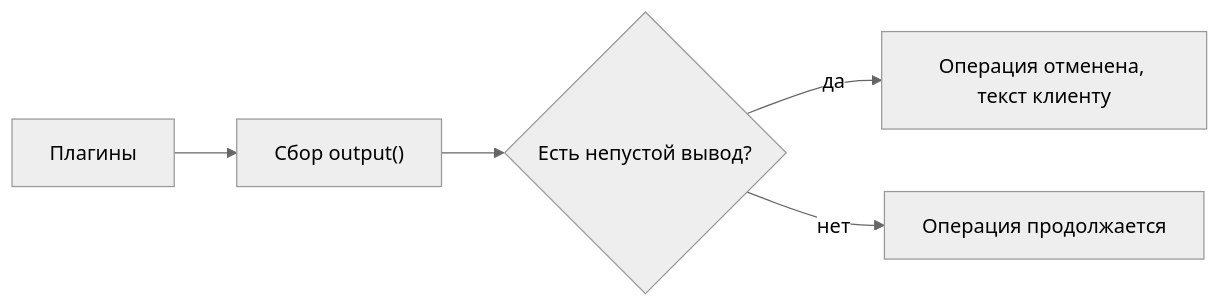
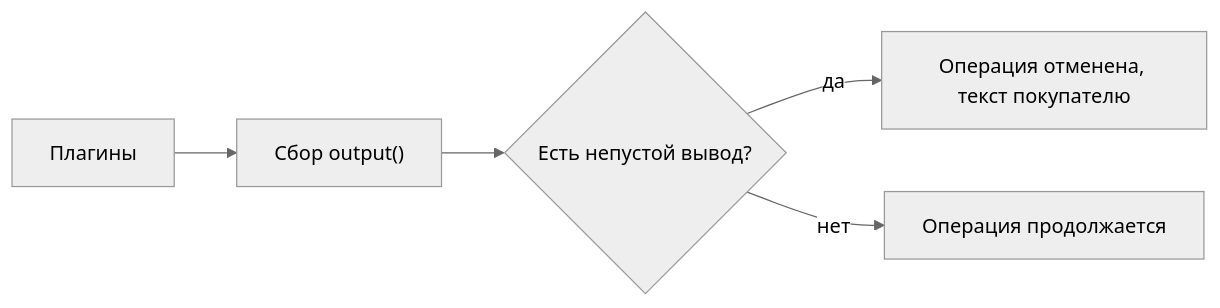
Before and after one commit to modx-pro/Docs: the first of 2 diagrams in docs/components/minishop3/development/events/plugins-guide.md, drawn with Mermaid (neutral theme). The commit also changed other lines of this file and 11 other files, not shown here.

````diff
--- a/docs/components/minishop3/development/events/plugins-guide.md
+++ b/docs/components/minishop3/development/events/plugins-guide.md
@@ -133,7 +133,7 @@
 ```mermaid
 flowchart LR
   plugins["Плагины"] --> collect["Сбор output()"]
   collect --> check{"Есть непустой вывод?"}
-  check -->|да| cancel["Операция отменена, текст клиенту"]
+  check -->|да| cancel["Операция отменена, текст покупателю"]
   check -->|нет| go["Операция продолжается"]
 ```
````
